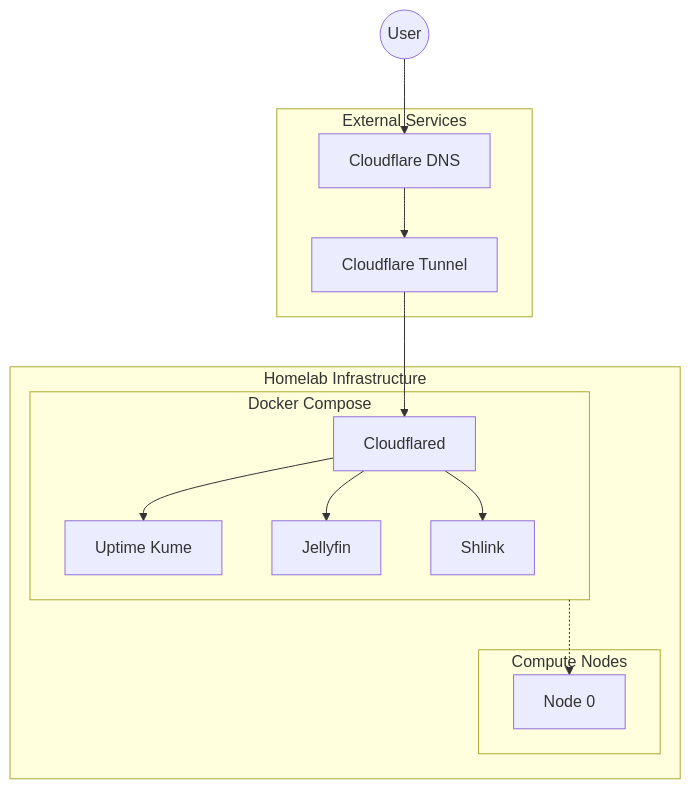
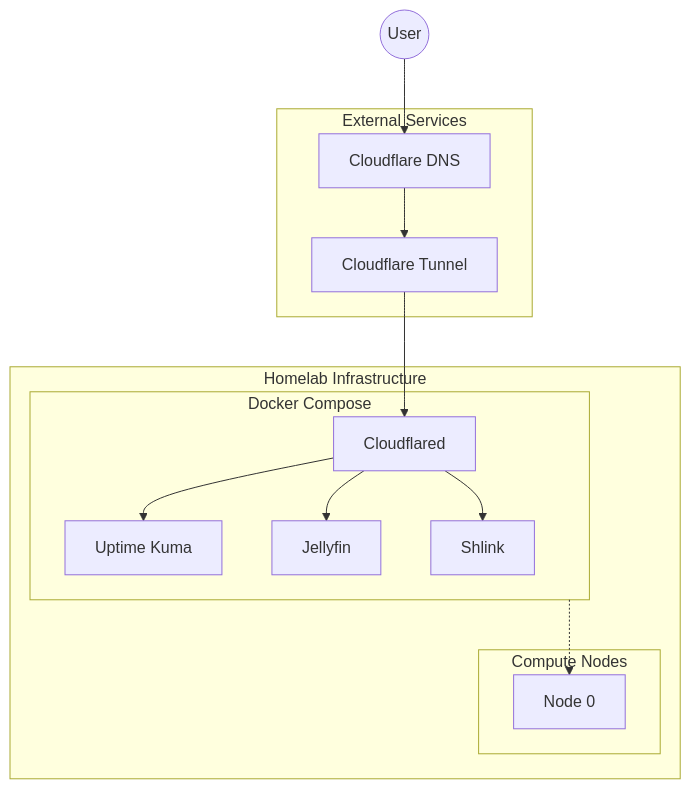
The first of 2 diagrams in content/blog/homelab-in-review.md (dbut2/dbut2.github.io), drawn with Mermaid before and after one commit. The commit also changed other lines of this file, not shown here.

````diff
--- a/content/blog/homelab-in-review.md
+++ b/content/blog/homelab-in-review.md
@@ -24,30 +24,30 @@
 ```mermaid
 flowchart TD
     user((User))
     
     subgraph external-services [External Services]
         cloudflare-dns[Cloudflare DNS]
         cloudflare[Cloudflare Tunnel]
     end
     
     subgraph homelab [Homelab Infrastructure]
         subgraph compose [Docker Compose]
             cloudflared[Cloudflared]
 
-            service-1[Uptime Kume]
+            service-1[Uptime Kuma]
             service-2[Jellyfin]
             service-3[Shlink]
         end
 
         subgraph compute-nodes [Compute Nodes]
             node0[Node 0]
         end
     end
     
     user --> cloudflare-dns
     cloudflare-dns --> cloudflare
     cloudflare --> cloudflared
     cloudflared --> service-1 & service-2 & service-3
 
     compose -..-> node0
 ```
````
